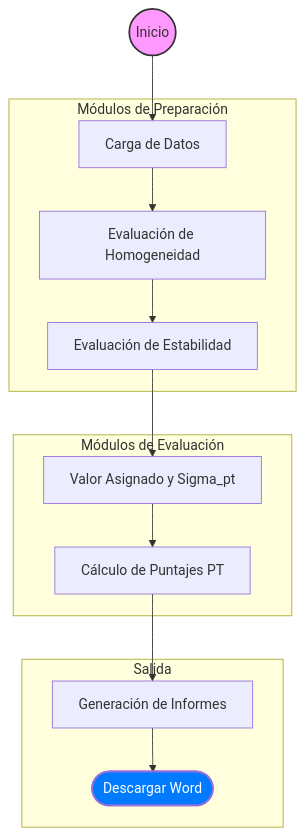
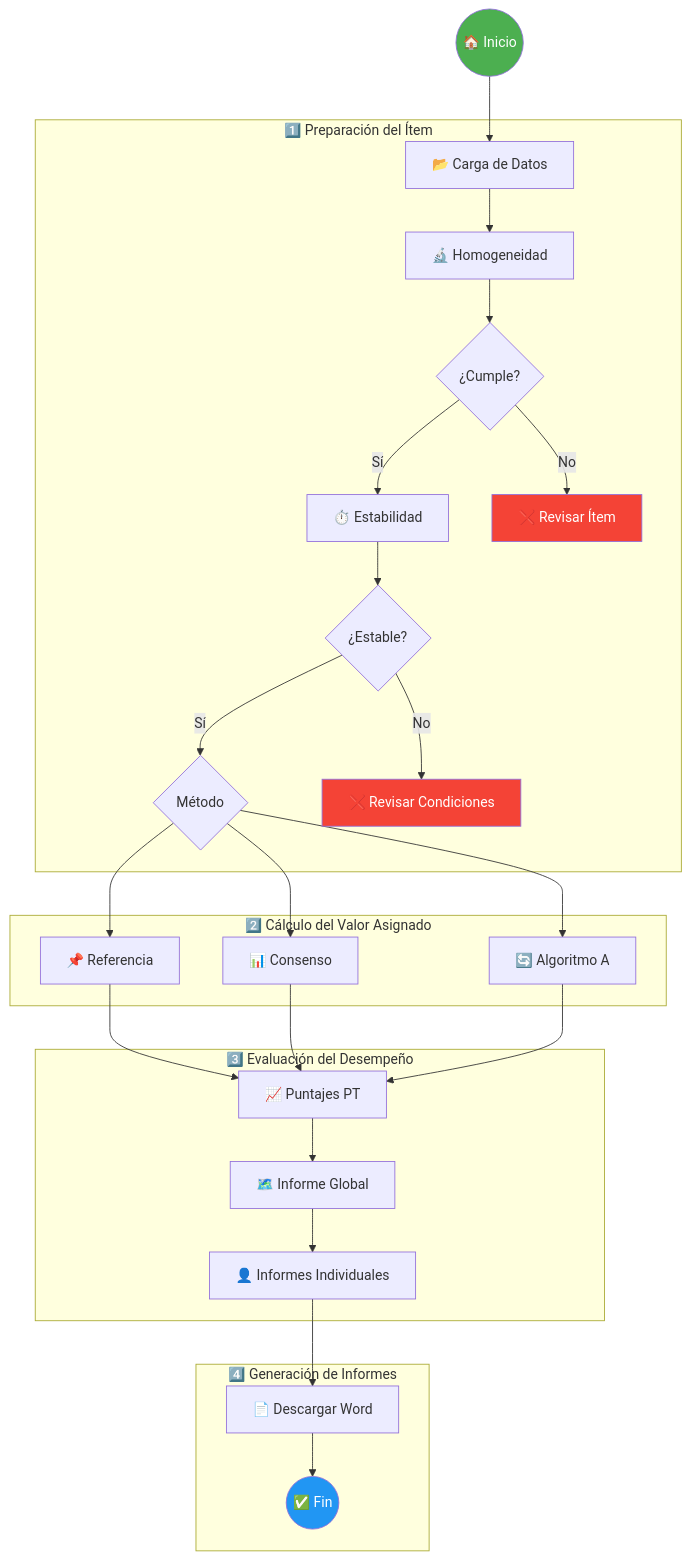
Before and after one commit to willl182/pt_app: the first of 10 diagrams in entregas/E5_ui_prototipo/diagrama_navegacion.md, drawn with Mermaid. The commit also changed other lines of this file and 32 other files, not shown here.

````diff
--- a/entregas/E5_ui_prototipo/diagrama_navegacion.md
+++ b/entregas/E5_ui_prototipo/diagrama_navegacion.md
@@ -5,22 +13,36 @@
 ```mermaid
-graph TD
-    Start((Inicio)) --> Load[Carga de Datos]
+flowchart TD
+    Start((🏠 Inicio)) --> Load[📂 Carga de Datos]
     
-    subgraph "Módulos de Preparación"
-        Load --> Hom[Evaluación de Homogeneidad]
-        Hom --> Stab[Evaluación de Estabilidad]
+    subgraph Preparación ["1️⃣ Preparación del Ítem"]
+        Load --> Hom[🔬 Homogeneidad]
+        Hom --> HCheck{¿Cumple?}
+        HCheck -->|Sí| Stab[⏱️ Estabilidad]
+        HCheck -->|No| HFail[❌ Revisar Ítem]
+        Stab --> SCheck{¿Estable?}
+        SCheck -->|Sí| VA
+        SCheck -->|No| SFail[❌ Revisar Condiciones]
     end
     
-    subgraph "Módulos de Evaluación"
-        Stab --> VA[Valor Asignado y Sigma_pt]
-        VA --> Scores[Cálculo de Puntajes PT]
+    subgraph ValorAsignado ["2️⃣ Cálculo del Valor Asignado"]
+        VA{Método} --> Ref[📌 Referencia]
+        VA --> Cons[📊 Consenso]
+        VA --> Algo[🔄 Algoritmo A]
     end
     
-    subgraph "Salida"
-        Scores --> Report[Generación de Informes]
-        Report --> Word([Descargar Word])
+    subgraph Evaluacion ["3️⃣ Evaluación del Desempeño"]
+        Ref & Cons & Algo --> Scores[📈 Puntajes PT]
+        Scores --> Global[🗺️ Informe Global]
+        Global --> Indiv[👤 Informes Individuales]
     end
     
-    style Start fill:#f9f,stroke:#333,stroke-width:2px
-    style Word fill:#007bff,color:#fff,stroke-width:2px
+    subgraph Salida ["4️⃣ Generación de Informes"]
+        Indiv --> Report[📄 Descargar Word]
+        Report --> End((✅ Fin))
+    end
+    
+    style Start fill:#4CAF50,color:white
+    style End fill:#2196F3,color:white
+    style HFail fill:#f44336,color:white
+    style SFail fill:#f44336,color:white
 ```
````
